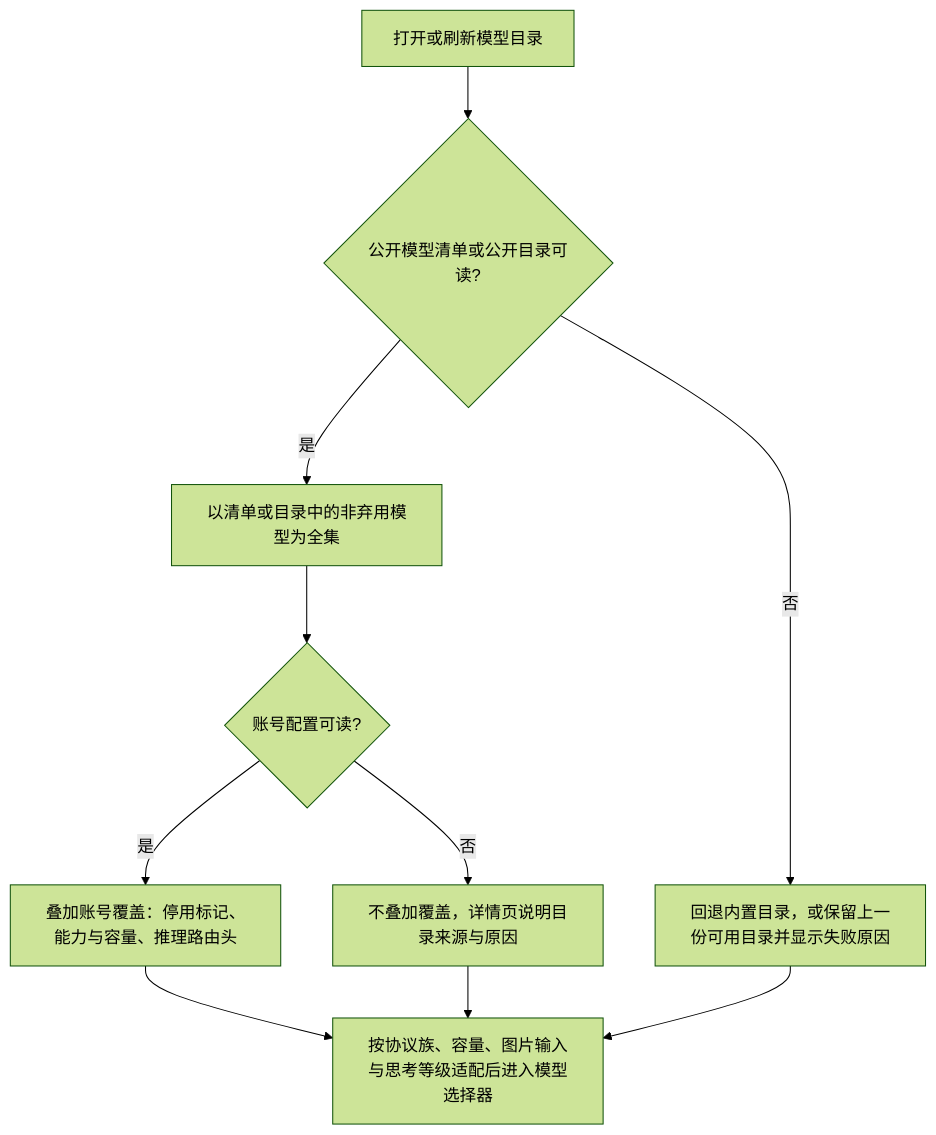
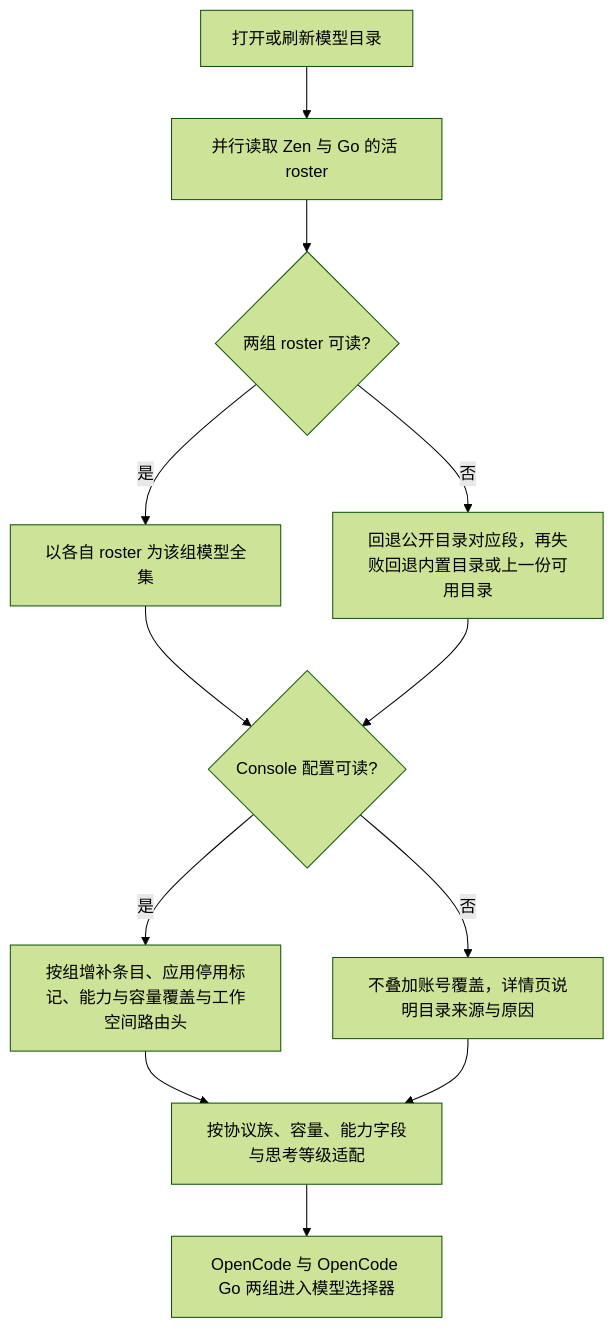
Before and after one commit to FNOSP/fnos-dsh: the third of 3 diagrams in docs/requirements/FNOS-026-dsh-opencode-plugin.md, drawn with Mermaid (forest theme). The commit also changed other lines of this file and 32 other files, not shown here.

````diff
--- a/docs/requirements/FNOS-026-dsh-opencode-plugin.md
+++ b/docs/requirements/FNOS-026-dsh-opencode-plugin.md
@@ -141,12 +156,14 @@
 ```mermaid
 flowchart TD
-  A[打开或刷新模型目录] --> B{公开模型清单或公开目录可读?}
-  B -->|是| C[以清单或目录中的非弃用模型为全集]
-  B -->|否| D[回退内置目录，或保留上一份可用目录并显示失败原因]
-  C --> E{账号配置可读?}
-  E -->|是| F[叠加账号覆盖：停用标记、能力与容量、推理路由头]
-  E -->|否| G[不叠加覆盖，详情页说明目录来源与原因]
-  F --> H[按协议族、容量、图片输入与思考等级适配后进入模型选择器]
-  G --> H
-  D --> H
+  A[打开或刷新模型目录] --> B[并行读取 Zen 与 Go 的活 roster]
+  B --> C{两组 roster 可读?}
+  C -->|是| D[以各自 roster 为该组模型全集]
+  C -->|否| E[回退公开目录对应段，再失败回退内置目录或上一份可用目录]
+  D --> F{Console 配置可读?}
+  E --> F
+  F -->|是| G[按组增补条目、应用停用标记、能力与容量覆盖与工作空间路由头]
+  F -->|否| H[不叠加账号覆盖，详情页说明目录来源与原因]
+  G --> I[按协议族、容量、能力字段与思考等级适配]
+  H --> I
+  I --> J[OpenCode 与 OpenCode Go 两组进入模型选择器]
 ```
````
